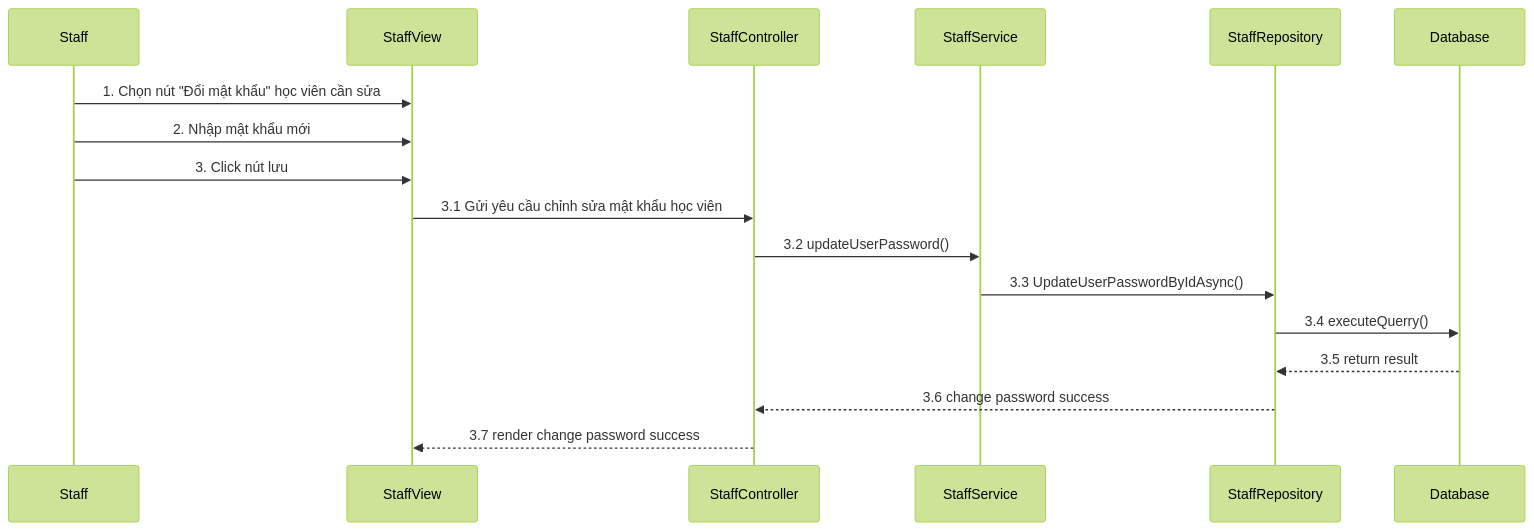
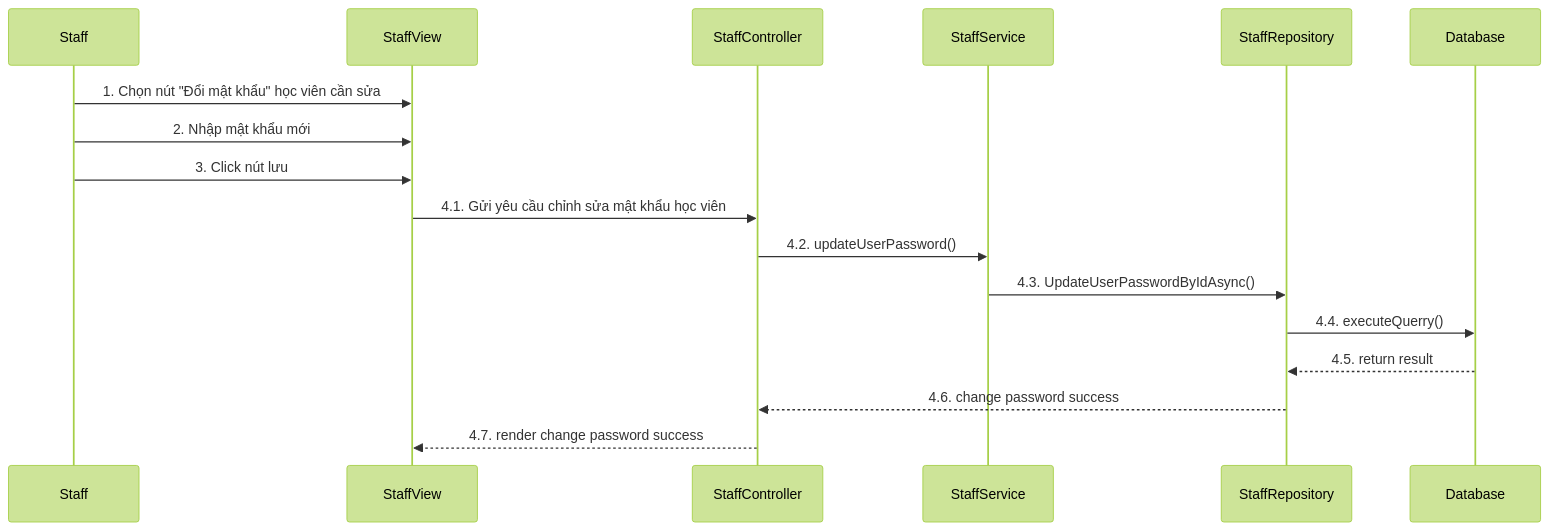
Before and after one commit to LienNTB/sequence-CNPM: the diagram in sequence/staff/Sequence-1-3.DoiMatKhau.mmd, drawn with Mermaid (forest theme). The commit also changed other lines of this file and 6 other files, not shown here.

```diff
--- a/sequence/staff/Sequence-1-3.DoiMatKhau.mmd
+++ b/sequence/staff/Sequence-1-3.DoiMatKhau.mmd
@@ -1,23 +1,23 @@
 %%# chỉnh sửa mật khẩu học viên
 
 sequenceDiagram
     participant Staff
     participant StaffView
     participant StaffController
     participant StaffService
     participant StaffRepository
     participant Database
 
-    Staff->>StaffView:  1. Chọn nút "Đổi mật khẩu" học viên cần sửa
+    Staff->>StaffView: 1. Chọn nút "Đổi mật khẩu" học viên cần sửa
     
     Staff->>StaffView: 2. Nhập mật khẩu mới
     Staff->>StaffView: 3. Click nút lưu
-    StaffView->>StaffController: 3.1 Gửi yêu cầu chỉnh sửa mật khẩu học viên
-    StaffController->>StaffService: 3.2 updateUserPassword()
-    StaffService->>StaffRepository: 3.3 UpdateUserPasswordByIdAsync()
-    StaffRepository->>Database: 3.4 executeQuerry()
+    StaffView->>StaffController: 4.1. Gửi yêu cầu chỉnh sửa mật khẩu học viên
+    StaffController->>StaffService: 4.2. updateUserPassword()
+    StaffService->>StaffRepository: 4.3. UpdateUserPasswordByIdAsync()
+    StaffRepository->>Database: 4.4. executeQuerry()
 
     
-    Database-->>StaffRepository: 3.5 return result
-    StaffRepository-->>StaffController: 3.6 change password success
-    StaffController-->>StaffView: 3.7 render change password success
+    Database-->>StaffRepository: 4.5. return result
+    StaffRepository-->>StaffController: 4.6. change password success
+    StaffController-->>StaffView: 4.7. render change password success
```
